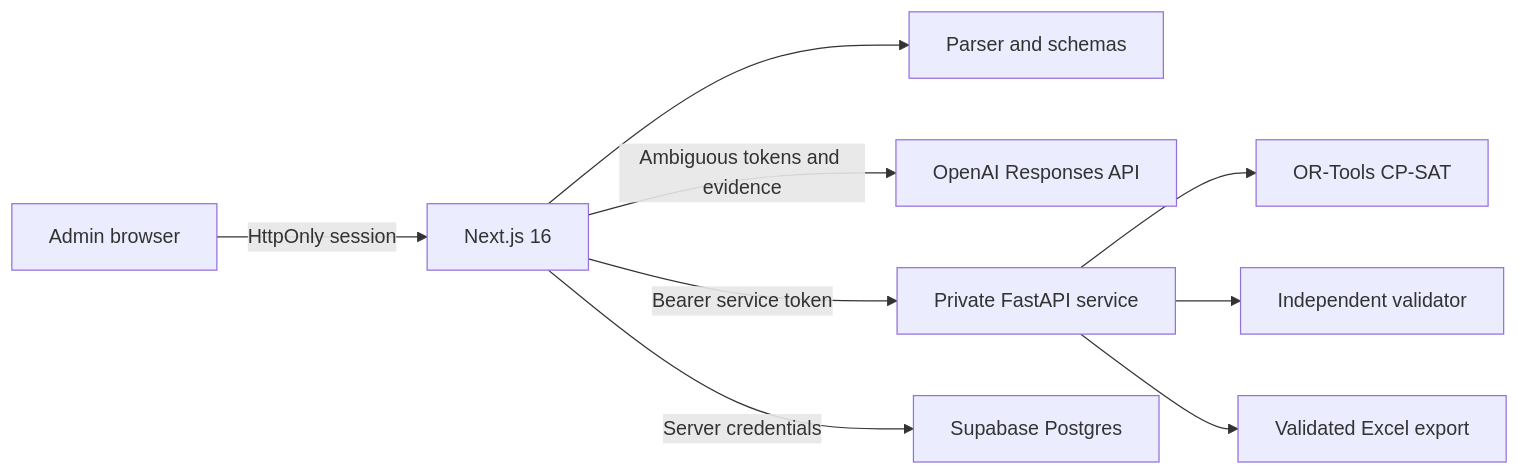
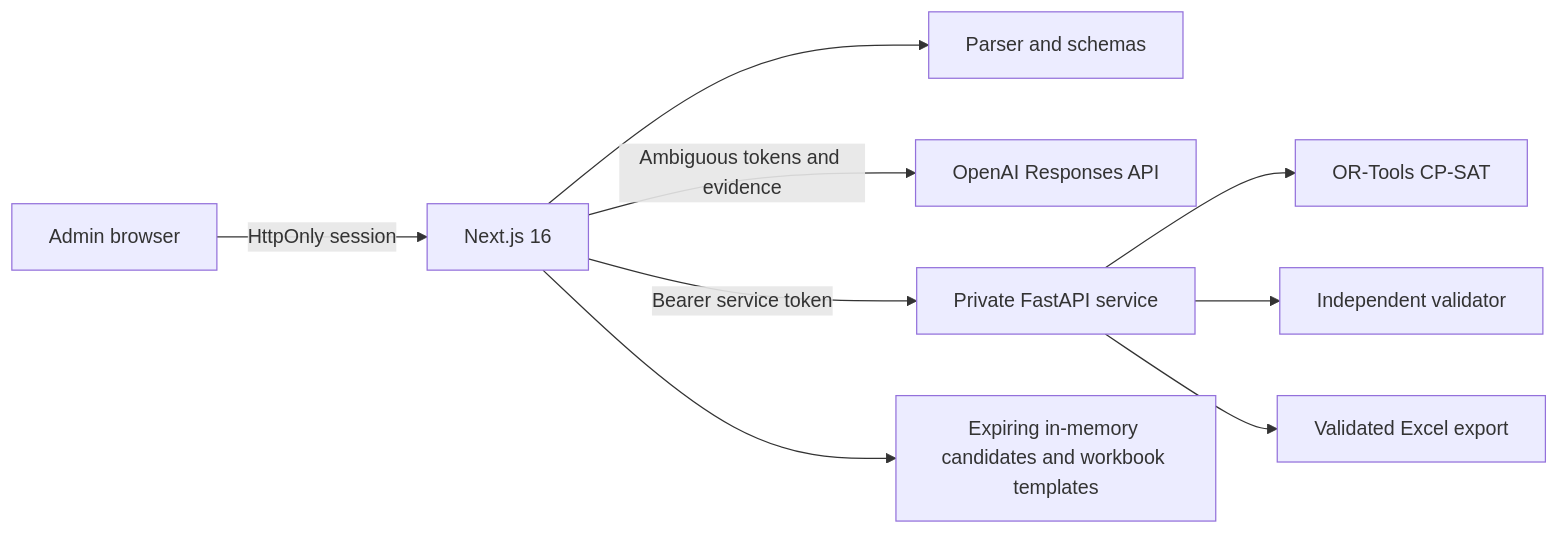
One commit to SuphakornP/nurseflow-ai-scheduler changed the diagram in README.md. Above: the diagram before and after it, drawn with Mermaid. The commit also changed other lines of this file and 58 other files, not shown here.

````diff
--- a/README.md
+++ b/README.md
@@ -113,11 +110,11 @@
 ```mermaid
 flowchart LR
     B["Admin browser"] -->|"HttpOnly session"| N["Next.js 16"]
     N --> P["Parser and schemas"]
     N -->|"Ambiguous tokens and evidence"| O["OpenAI Responses API"]
     N -->|"Bearer service token"| F["Private FastAPI service"]
     F --> C["OR-Tools CP-SAT"]
     F --> V["Independent validator"]
-    N -->|"Server credentials"| S["Supabase Postgres"]
+    N --> M["Expiring in-memory candidates and workbook templates"]
     F --> X["Validated Excel export"]
 ```
````
